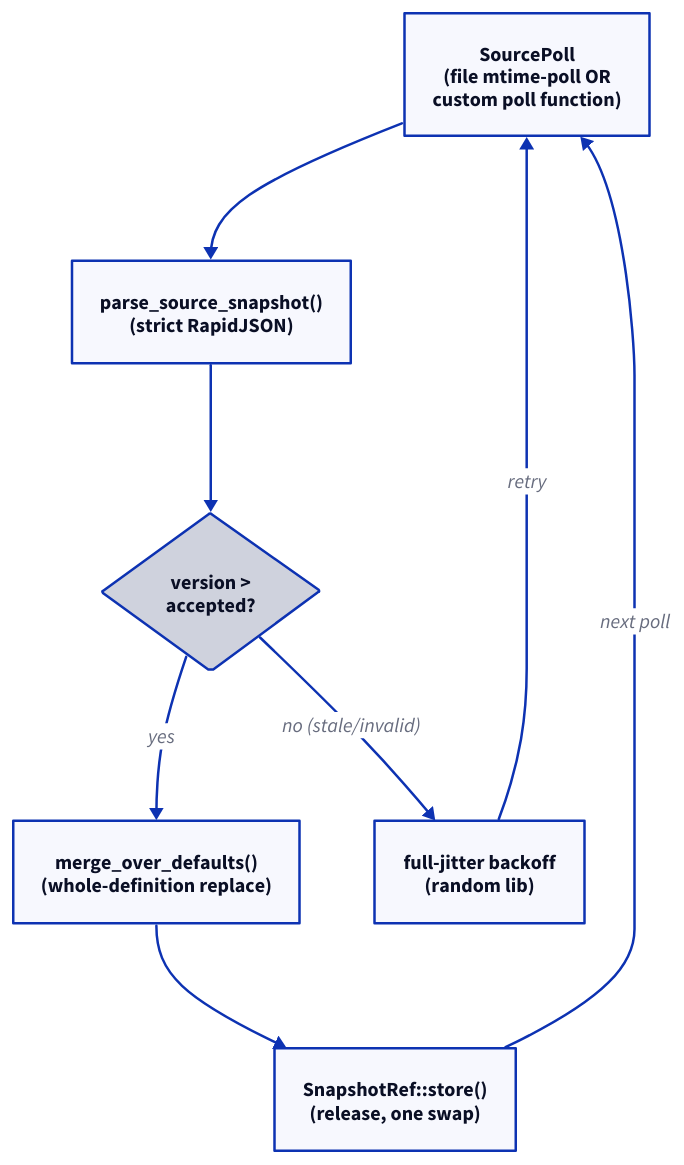
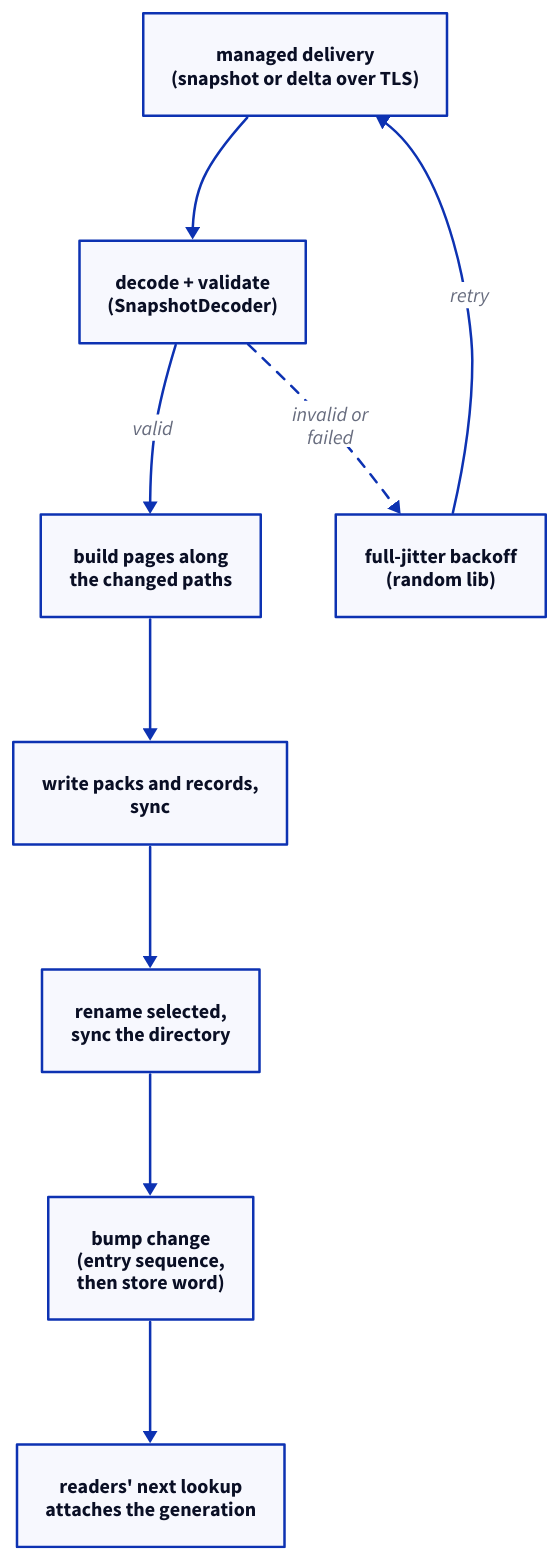
Before and after one commit to Kronuz/Detent: the diagram in diagrams/05_update_path.d2, drawn with D2. The commit also changed 94 other files, not shown here.

```diff
--- a/diagrams/05_update_path.d2
+++ b/diagrams/05_update_path.d2
@@ -1,34 +1,43 @@
-# Section 7: the update path. A loop, not a one-shot pipeline -- laid out
-# as a cycle so that's visible at a glance.
+# The update path: the managed agent turns one delivery into a new
+# generation, and readers see it on their next lookup.
 direction: down
 
-source: SourcePoll\n(file mtime-poll OR\ncustom poll function) {
+delivery: "managed delivery\n(snapshot or delta over TLS)" {
   shape: rectangle
 }
 
-parse: parse_source_snapshot()\n(strict RapidJSON) {
+validate: "decode + validate\n(SnapshotDecoder)" {
   shape: rectangle
 }
 
-gate: version >\naccepted? {
-  shape: diamond
-}
-
-merge: merge_over_defaults()\n(whole-definition replace) {
+build: "build pages along\nthe changed paths" {
   shape: rectangle
 }
 
-publish: SnapshotRef::store()\n(release, one swap) {
+write: "write packs and records,\nsync" {
   shape: rectangle
 }
 
-backoff: full-jitter backoff\n(random lib) {
+select: "rename selected,\nsync the directory" {
   shape: rectangle
 }
 
-source -> parse -> gate
-gate -> merge: "yes"
-gate -> backoff: "no (stale/invalid)"
-merge -> publish
-publish -> source: "next poll"
-backoff -> source: "retry"
+bump: "bump change\n(entry sequence,\nthen store word)" {
+  shape: rectangle
+}
+
+readers: "readers' next lookup\nattaches the generation" {
+  shape: rectangle
+}
+
+backoff: "full-jitter backoff\n(random lib)" {
+  shape: rectangle
+}
+
+delivery -> validate
+validate -> build: "valid"
+validate -> backoff: "invalid or\nfailed" {
+  style.stroke-dash: 4
+}
+build -> write -> select -> bump -> readers
+backoff -> delivery: "retry"
```
